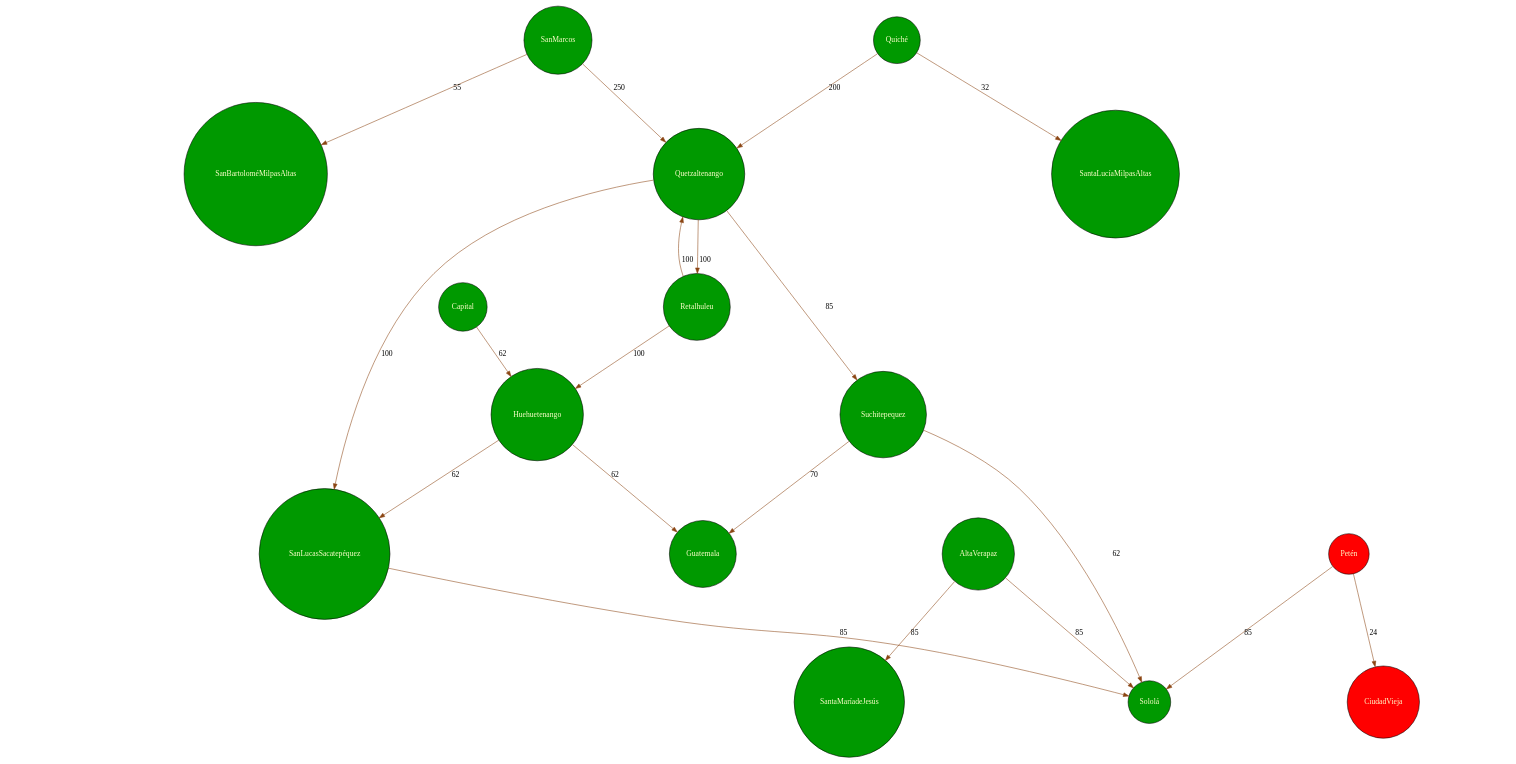
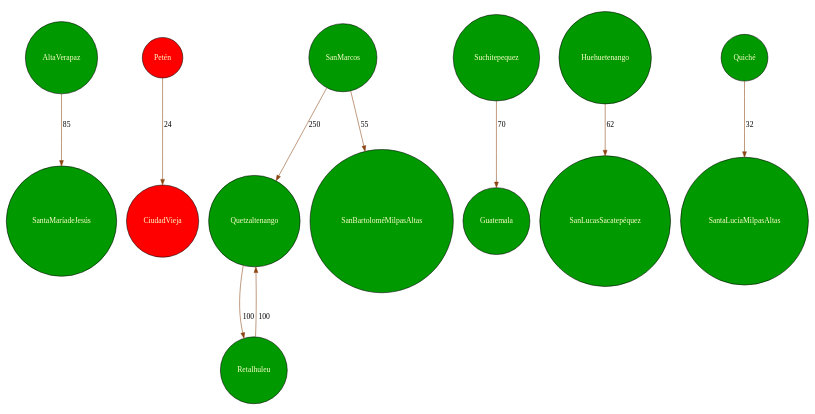
The diagram in TravelMap/grafo.dot (Marco131-xel/TravelMap_GT), drawn with Graphviz before and after one commit. The commit also changed 3 other files, not shown here.

```diff
--- a/TravelMap/grafo.dot
+++ b/TravelMap/grafo.dot
@@ -1,25 +1,15 @@
 digraph G {
 	graph [ratio=0.5];
 	node [shape=circle, style=filled, fillcolor="#009900", fontcolor="#FFFFCC", fixedsize=false];
 	edge [color="#8B4513"];
   "AltaVerapaz" -> "SantaMaríadeJesús" [label="85"];
   "Petén" -> "CiudadVieja" [label="24"];
 "Petén" [fillcolor="red"];"CiudadVieja" [fillcolor="red"];
   "Quetzaltenango" -> "Retalhuleu" [label="100"];
   "Retalhuleu" -> "Quetzaltenango" [label="100"];
   "SanMarcos" -> "Quetzaltenango" [label="250"];
   "Suchitepequez" -> "Guatemala" [label="70"];
   "SanMarcos" -> "SanBartoloméMilpasAltas" [label="55"];
   "Huehuetenango" -> "SanLucasSacatepéquez" [label="62"];
   "Quiché" -> "SantaLucíaMilpasAltas" [label="32"];
-  "Quiché" -> "Quetzaltenango" [label="200"];
-  "Huehuetenango" -> "Guatemala" [label="62"];
-  "Capital" -> "Huehuetenango" [label="62"];
-  "Suchitepequez" -> "Sololá" [label="62"];
-  "Retalhuleu" -> "Huehuetenango" [label="100"];
-  "Petén" -> "Sololá" [label="85"];
-  "AltaVerapaz" -> "Sololá" [label="85"];
-  "Quetzaltenango" -> "Suchitepequez" [label="85"];
-  "SanLucasSacatepéquez" -> "Sololá" [label="85"];
-  "Quetzaltenango" -> "SanLucasSacatepéquez" [label="100"];
 }
```
